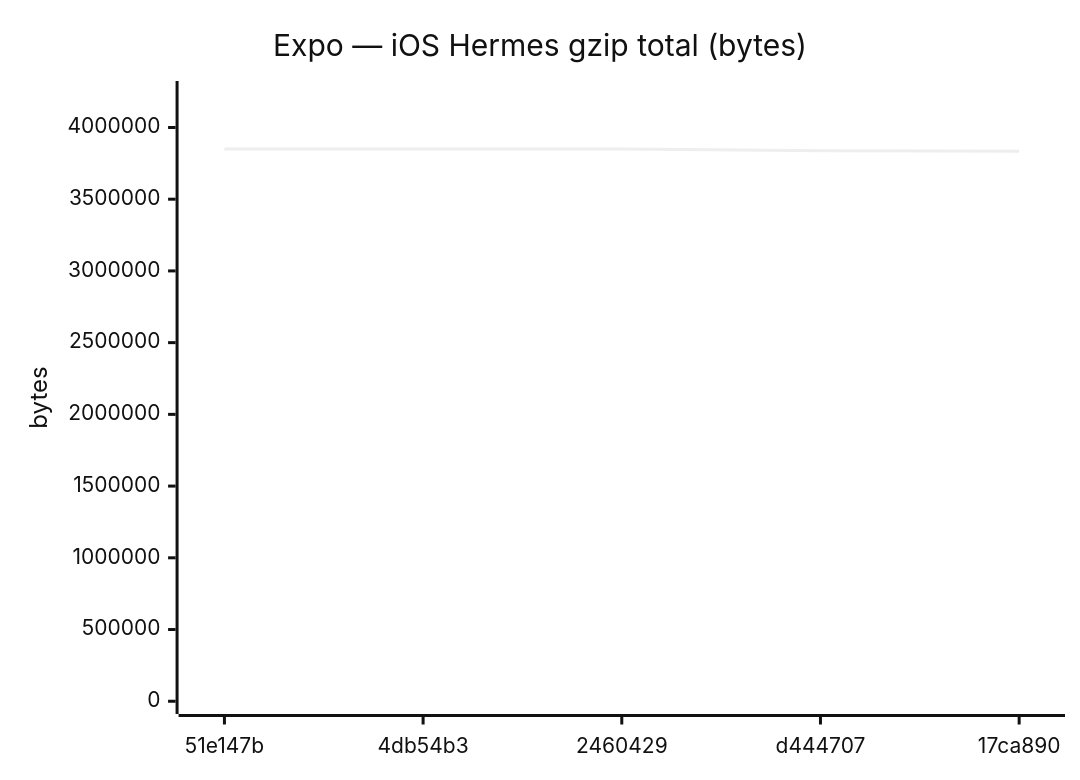
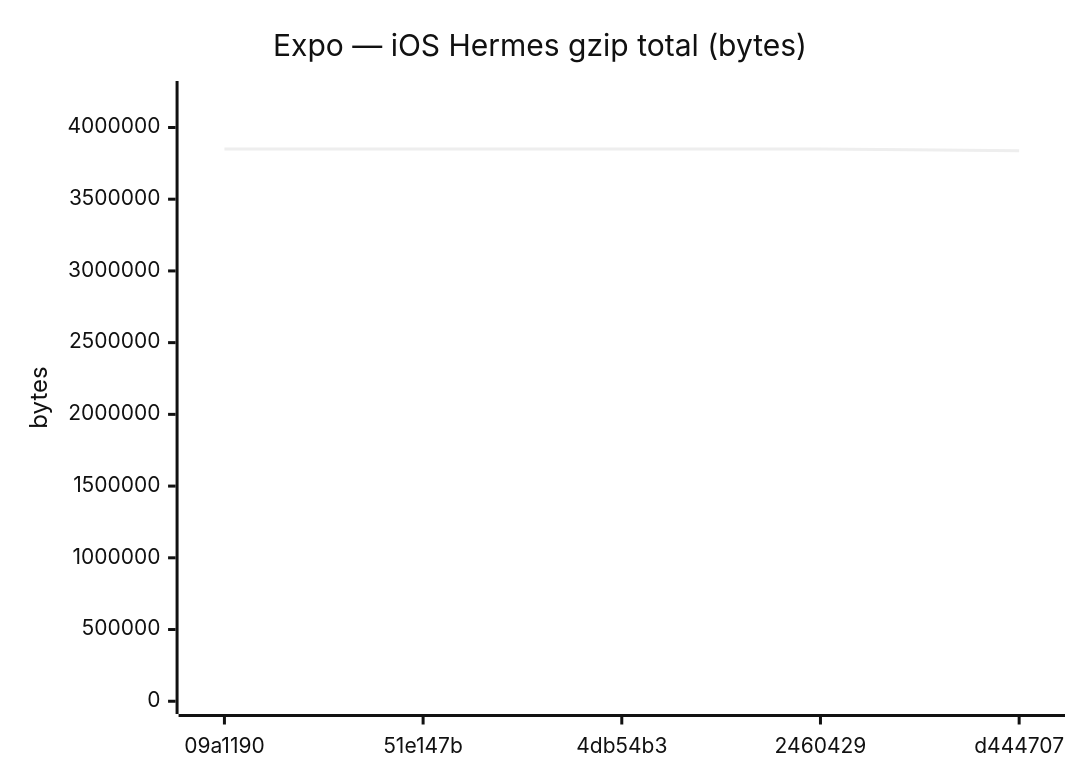
One commit to Metaheurist/Rianell changed diagram 12 of 18 in benchmarks/compare.md. Above: the diagram before and after it, drawn with Mermaid (neutral theme). The commit also changed other lines of this file and 11 other files, not shown here.

````diff
--- a/benchmarks/compare.md
+++ b/benchmarks/compare.md
@@ -179,7 +179,7 @@
 ```mermaid
 xychart-beta
     title "Expo — iOS Hermes gzip total (bytes)"
-    x-axis ["51e147b", "4db54b3", "2460429", "d444707", "17ca890"]
+    x-axis ["09a1190", "51e147b", "4db54b3", "2460429", "d444707"]
     y-axis "bytes" 0 --> 4235116
-    line [3850105, 3850105, 3850104, 3837764, 3833771]
+    line [3850104, 3850105, 3850105, 3850104, 3837764]
 ```
````
